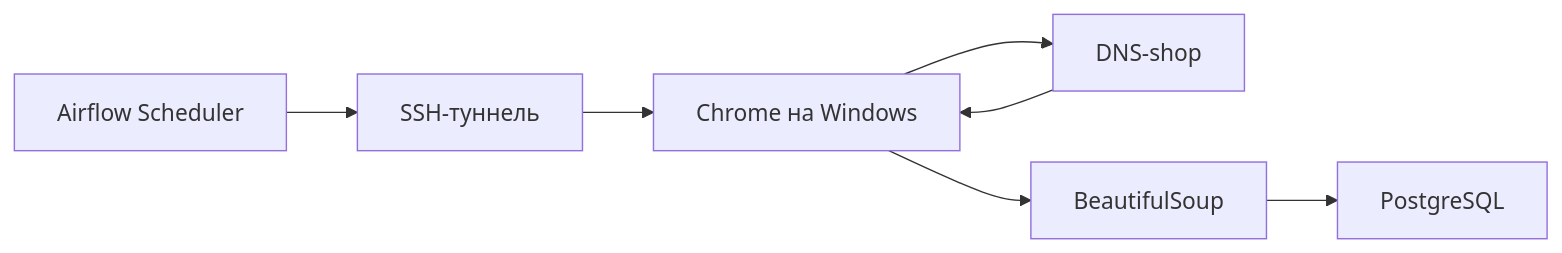
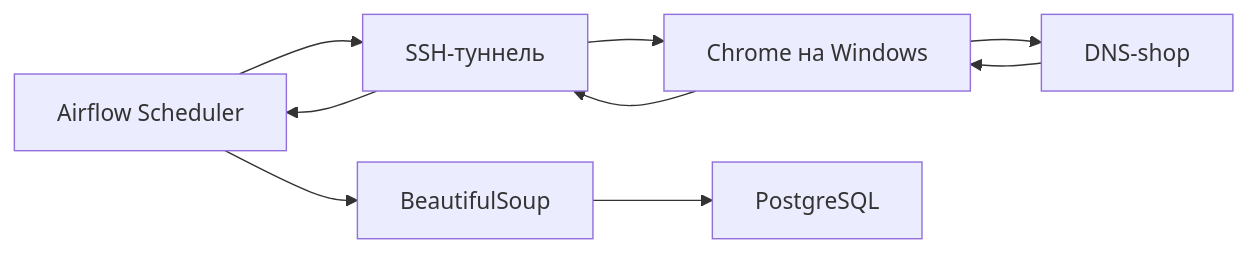
One commit to v-tagaev/dns_parser__RAM_price changed the diagram in README.md. Above: the diagram before and after it, drawn with Mermaid. The commit also changed other lines of this file, not shown here.

Commit message:
chore: change readme
Updated the flow diagram and added a new technology entry.

````diff
--- a/README.md
+++ b/README.md
@@ -42,9 +42,11 @@
 ```mermaid
 graph LR
     A[Airflow Scheduler] --> B[SSH-туннель]
     B --> C[Chrome на Windows]
     C --> D[DNS-shop]
     D --> C
-    C --> E[BeautifulSoup]
+    C --> B
+    B --> A
+    A --> E[BeautifulSoup]
     E --> F[PostgreSQL]
 ```
````
